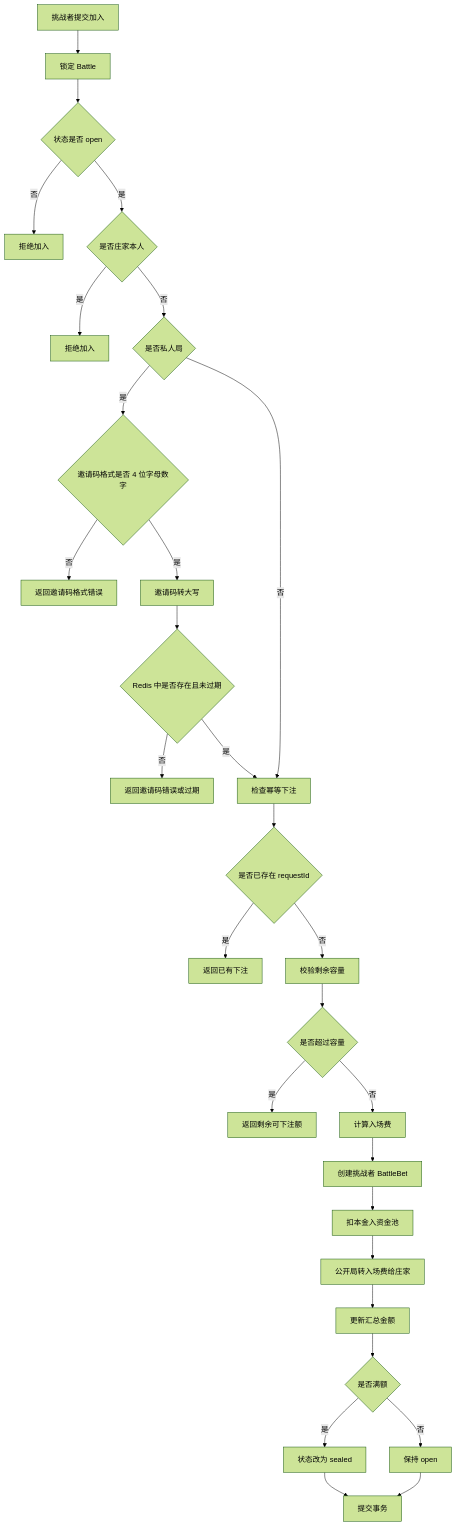
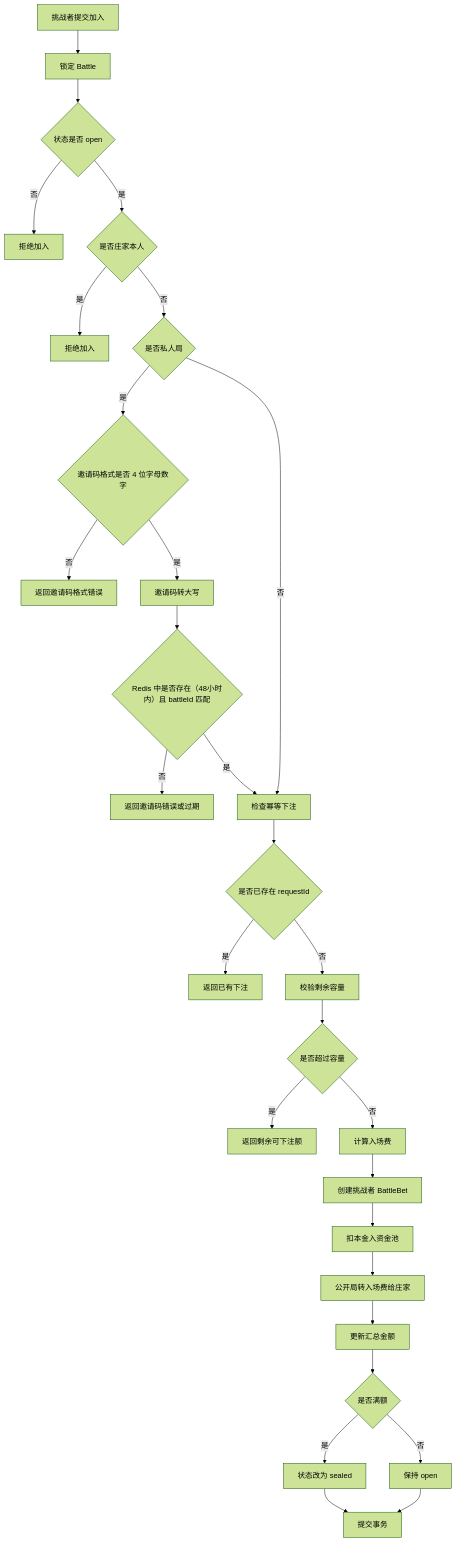
The second of 9 diagrams in prompt/project/开战广场/01-流程图.md (maoshuo1988/turtlepoll), drawn with Mermaid (forest theme) before and after one commit. The commit also changed other lines of this file and 23 other files, not shown here.

````diff
--- a/prompt/project/开战广场/01-流程图.md
+++ b/prompt/project/开战广场/01-流程图.md
@@ -24,31 +24,31 @@
 ```mermaid
 flowchart TD
   A["挑战者提交加入"] --> B["锁定 Battle"]
   B --> C{"状态是否 open"}
   C -- "否" --> D["拒绝加入"]
   C -- "是" --> E{"是否庄家本人"}
   E -- "是" --> F["拒绝加入"]
   E -- "否" --> G{"是否私人局"}
   G -- "是" --> H{"邀请码格式是否 4 位字母数字"}
   H -- "否" --> I["返回邀请码格式错误"]
   H -- "是" --> I1["邀请码转大写"]
-  I1 --> I2{"Redis 中是否存在且未过期"}
+  I1 --> I2{"Redis 中是否存在（48小时内）且 battleId 匹配"}
   I2 -- "否" --> I3["返回邀请码错误或过期"]
   I2 -- "是" --> J["检查幂等下注"]
   G -- "否" --> J
   J --> K{"是否已存在 requestId"}
   K -- "是" --> L["返回已有下注"]
   K -- "否" --> M["校验剩余容量"]
   M --> N{"是否超过容量"}
   N -- "是" --> O["返回剩余可下注额"]
   N -- "否" --> P["计算入场费"]
   P --> Q["创建挑战者 BattleBet"]
   Q --> R["扣本金入资金池"]
   R --> S["公开局转入场费给庄家"]
   S --> T["更新汇总金额"]
   T --> U{"是否满额"}
   U -- "是" --> V["状态改为 sealed"]
   U -- "否" --> W["保持 open"]
   V --> X["提交事务"]
   W --> X
 ```
````
